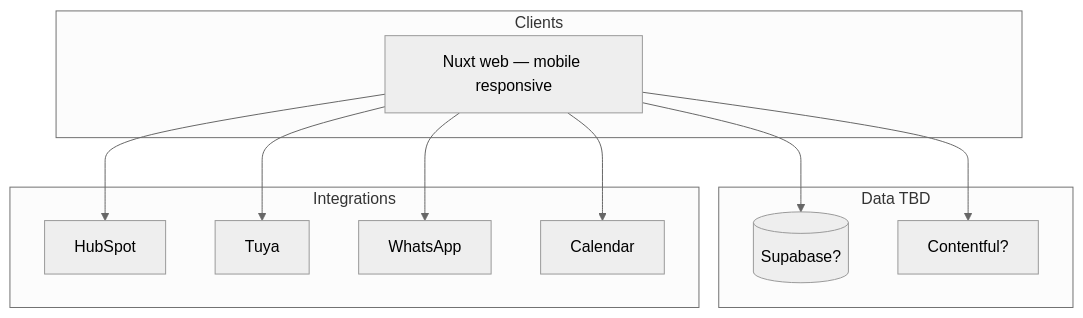
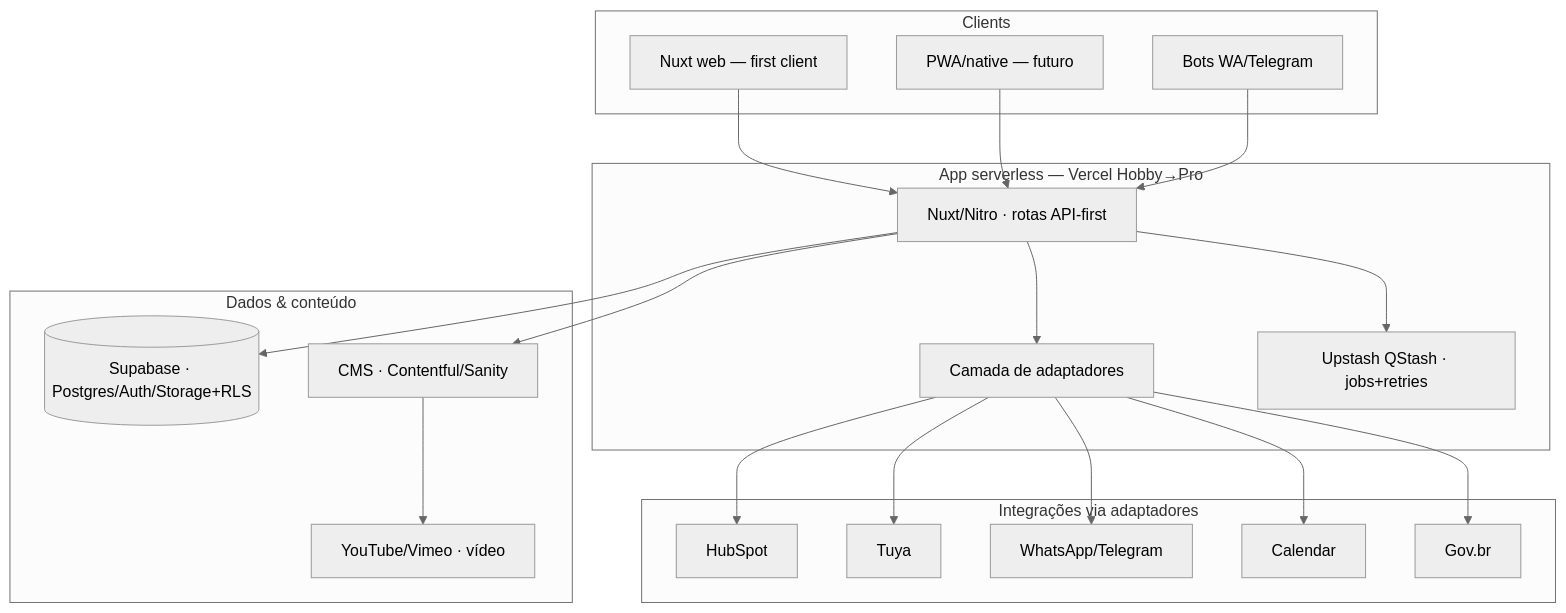
Before and after one commit to fortegb/platform: the diagram in docs/planning/architecture.md, drawn with Mermaid (neutral theme). The commit also changed other lines of this file and 11 other files, not shown here.

First line of the commit message:
docs(#145): resolve foundational architecture stances (Q-004 + system shape + MVP boundary)

````diff
--- a/docs/planning/architecture.md
+++ b/docs/planning/architecture.md
@@ -97,22 +102,38 @@
 ```mermaid
 flowchart TB
   subgraph clients [Clients]
-    WEB[Nuxt web — mobile responsive]
+    WEB[Nuxt web — first client]
+    PWA[PWA/native — futuro]
+    BOT[Bots WA/Telegram]
   end
-  subgraph data [Data TBD]
-    SB[(Supabase?)]
-    CF[Contentful?]
+  subgraph app [App serverless — Vercel Hobby→Pro]
+    API[Nuxt/Nitro · rotas API-first]
+    ADP[Camada de adaptadores]
+    Q[Upstash QStash · jobs+retries]
   end
-  subgraph integrations [Integrations]
+  subgraph data [Dados & conteúdo]
+    SB[(Supabase · Postgres/Auth/Storage+RLS)]
+    CMS[CMS · Contentful/Sanity]
+    VID[YouTube/Vimeo · vídeo]
+  end
+  subgraph integrations [Integrações via adaptadores]
     HS[HubSpot]
     TUYA[Tuya]
-    WA[WhatsApp]
+    WA[WhatsApp/Telegram]
     CAL[Calendar]
+    GOV[Gov.br]
   end
-  WEB --> SB
-  WEB --> CF
-  WEB --> HS
-  WEB --> TUYA
-  WEB --> WA
-  WEB --> CAL
+  WEB --> API
+  PWA --> API
+  BOT --> API
+  API --> SB
+  API --> CMS
+  API --> ADP
+  API --> Q
+  CMS --> VID
+  ADP --> HS
+  ADP --> TUYA
+  ADP --> WA
+  ADP --> CAL
+  ADP --> GOV
 ```
````
